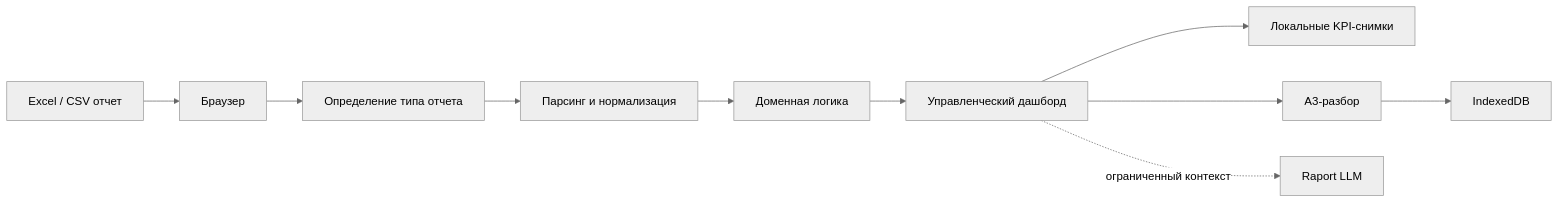
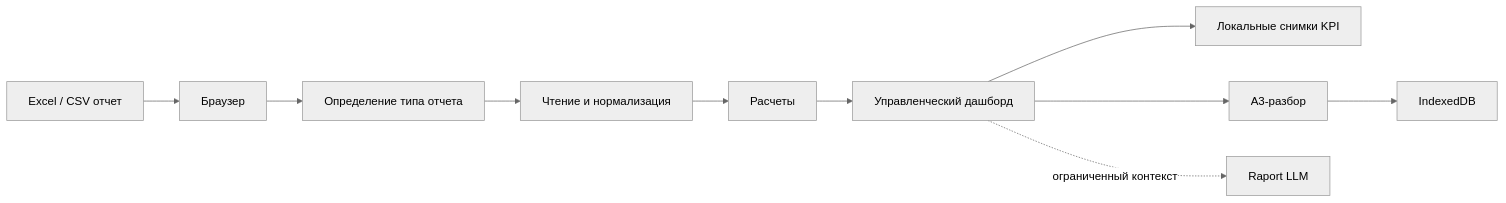
The diagram in docs/SHOWCASE.md (shantarinav/raport-product-line), drawn with Mermaid (neutral theme) before and after one commit. The commit also changed other lines of this file and 10 other files, not shown here.

````diff
--- a/docs/SHOWCASE.md
+++ b/docs/SHOWCASE.md
@@ -48,12 +48,12 @@
 ```mermaid
 flowchart LR
   A[Excel / CSV отчет] --> B[Браузер]
   B --> C[Определение типа отчета]
-  C --> D[Парсинг и нормализация]
-  D --> E[Доменная логика]
+  C --> D[Чтение и нормализация]
+  D --> E[Расчеты]
   E --> F[Управленческий дашборд]
-  F --> G[Локальные KPI-снимки]
+  F --> G[Локальные снимки KPI]
   F --> H[A3-разбор]
   H --> I[IndexedDB]
   F -. ограниченный контекст .-> J[Raport LLM]
 ```
````
